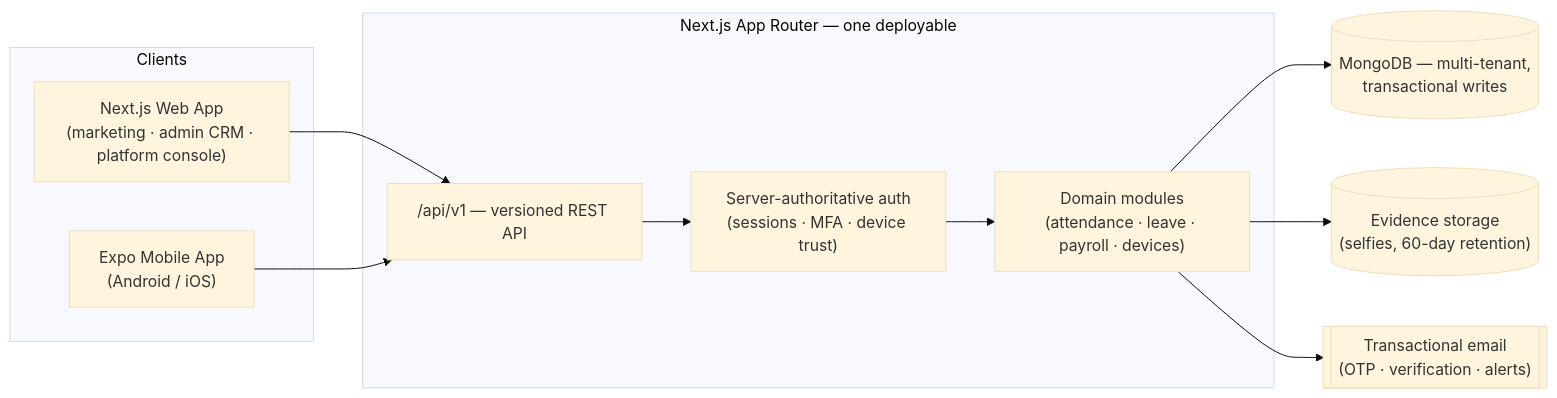
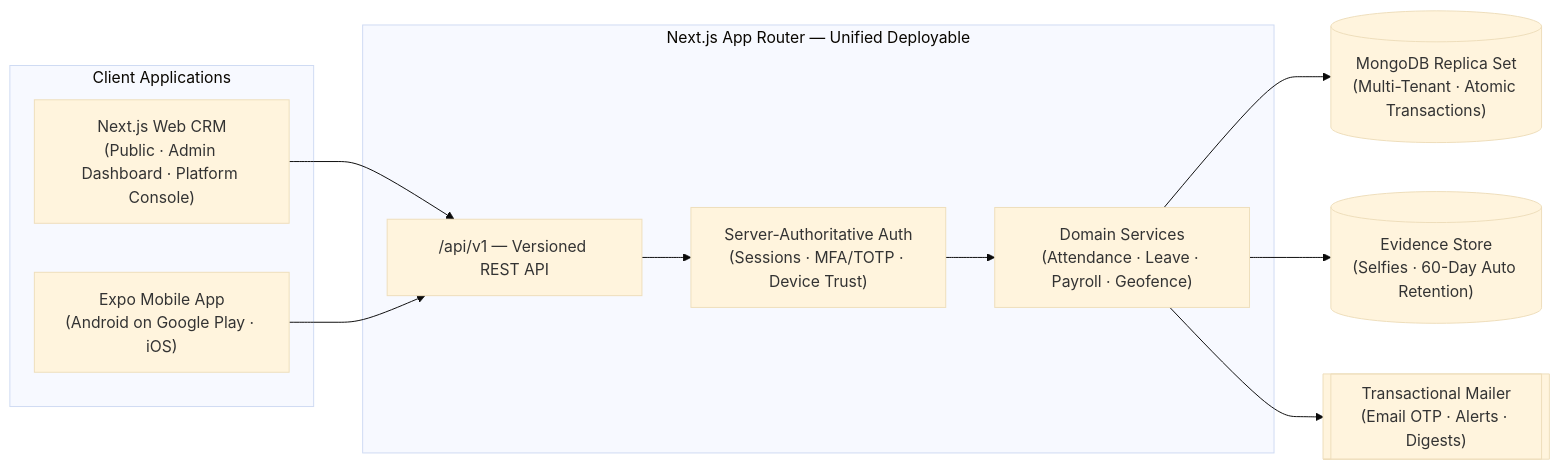
The diagram in README.md (userAshwani/Presentee_preview), drawn with Mermaid (base theme) before and after one commit. The commit also changed other lines of this file and 21 other files, not shown here.

````diff
--- a/README.md
+++ b/README.md
@@ -56,24 +100,24 @@
 ```mermaid
 flowchart LR
-    subgraph Clients
-        Web["Next.js Web App<br/>(marketing · admin CRM · platform console)"]
-        Mobile["Expo Mobile App<br/>(Android / iOS)"]
+    subgraph Clients["Client Applications"]
+        Web["Next.js Web CRM<br/>(Public · Admin Dashboard · Platform Console)"]
+        Mobile["Expo Mobile App<br/>(Android on Google Play · iOS)"]
     end
 
-    subgraph Server["Next.js App Router — one deployable"]
-        API["/api/v1 — versioned REST API"]
-        Auth["Server-authoritative auth<br/>(sessions · MFA · device trust)"]
-        Domain["Domain modules<br/>(attendance · leave · payroll · devices)"]
+    subgraph Server["Next.js App Router — Unified Deployable"]
+        API["/api/v1 — Versioned REST API"]
+        Auth["Server-Authoritative Auth<br/>(Sessions · MFA/TOTP · Device Trust)"]
+        Domain["Domain Services<br/>(Attendance · Leave · Payroll · Geofence)"]
     end
 
-    DB[("MongoDB — multi-tenant,<br/>transactional writes")]
-    Storage[("Evidence storage<br/>(selfies, 60-day retention)")]
-    Mail[["Transactional email<br/>(OTP · verification · alerts)"]]
+    DB[("MongoDB Replica Set<br/>(Multi-Tenant · Atomic Transactions)")]
+    Storage[("Evidence Store<br/>(Selfies · 60-Day Auto Retention)")]
+    Mail[["Transactional Mailer<br/>(Email OTP · Alerts · Digests)"]]
 
     Web --> API
     Mobile --> API
     API --> Auth --> Domain
     Domain --> DB
     Domain --> Storage
     Domain --> Mail
 ```
````
